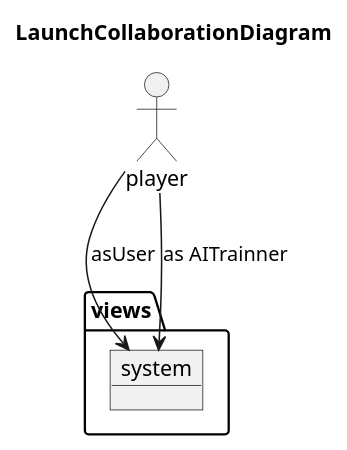
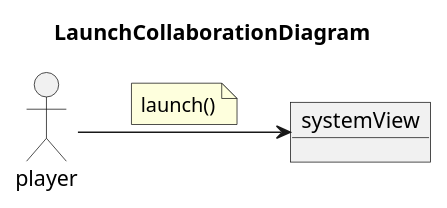
The diagram in docs/src/analysis/use-cases/launch-colab.plantuml (Master-Desarrollo-20-21/patrones-diseno---practica-final---juego-de-las-damas-fraylopez), drawn with PlantUML before and after one commit. The commit also changed 25 other files, not shown here.

Commit message:
new diagrams + update readme

```diff
--- a/docs/src/analysis/use-cases/launch-colab.plantuml
+++ b/docs/src/analysis/use-cases/launch-colab.plantuml
@@ -1,11 +1,13 @@
-@startuml
+@startuml LaunchCollaborationDiagram
 title LaunchCollaborationDiagram
+left to right direction
+
 allow_mixing
 actor player
 
-package views{
-object system
-}
-player --> system : asUser
-player --> system : as AITrainner
+object systemView
+player --> systemView
+note on link
+    launch()
+end note
 @enduml
```
